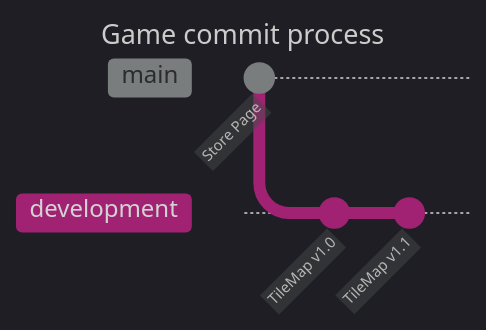
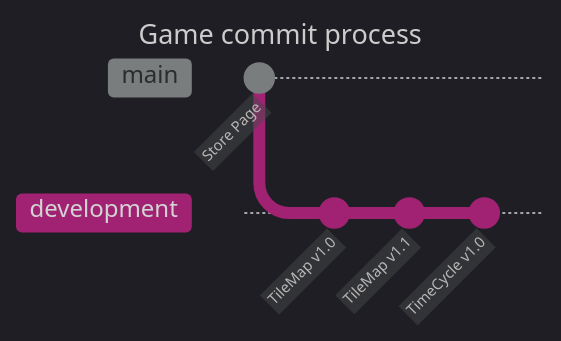
One commit to Jacobchestnut16/GremmiGoesToMars changed the first of 2 diagrams in dist/README.md. Above: the diagram before and after it, drawn with Mermaid. The commit also changed other lines of this file, not shown here.

````diff
--- a/dist/README.md
+++ b/dist/README.md
@@ -14,13 +14,14 @@
 ```mermaid
 ---
     title: Game commit process
     config:
         theme: dark
 ---
 gitGraph
     commit id: "Store Page"
     branch development
     commit id: "TileMap v1.0"
     commit id: "TileMap v1.1"
+    commit id: "TimeCycle v1.0"
     
 ```
````
